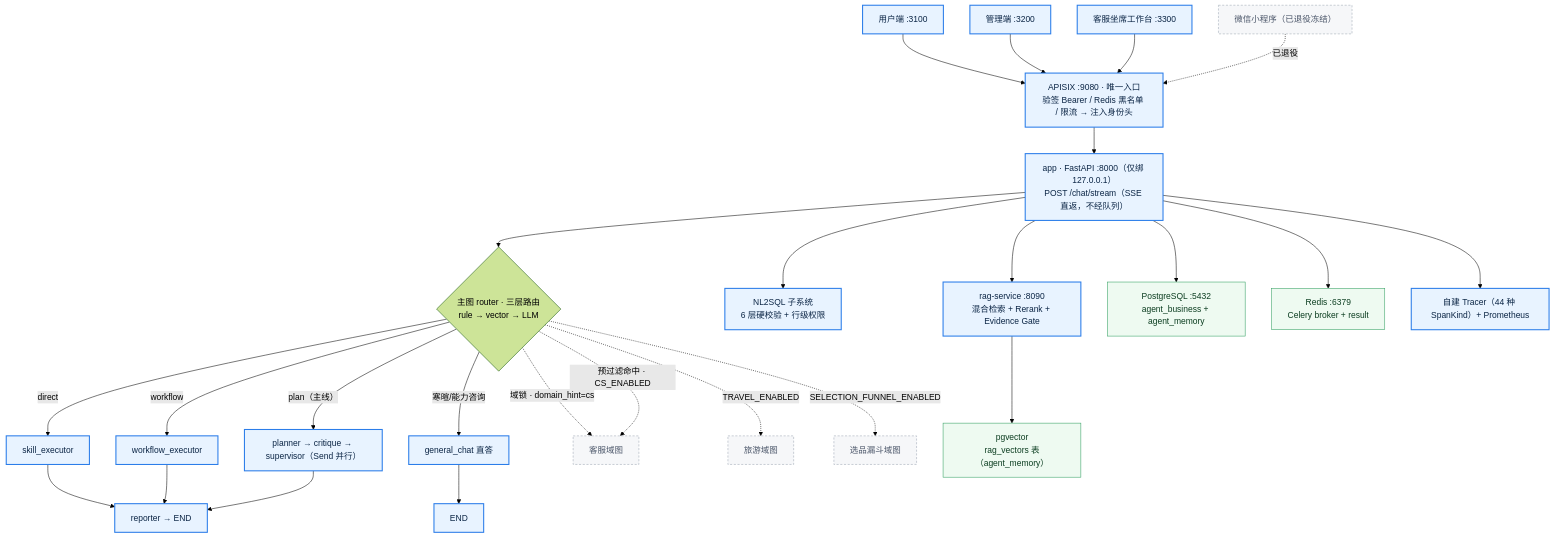
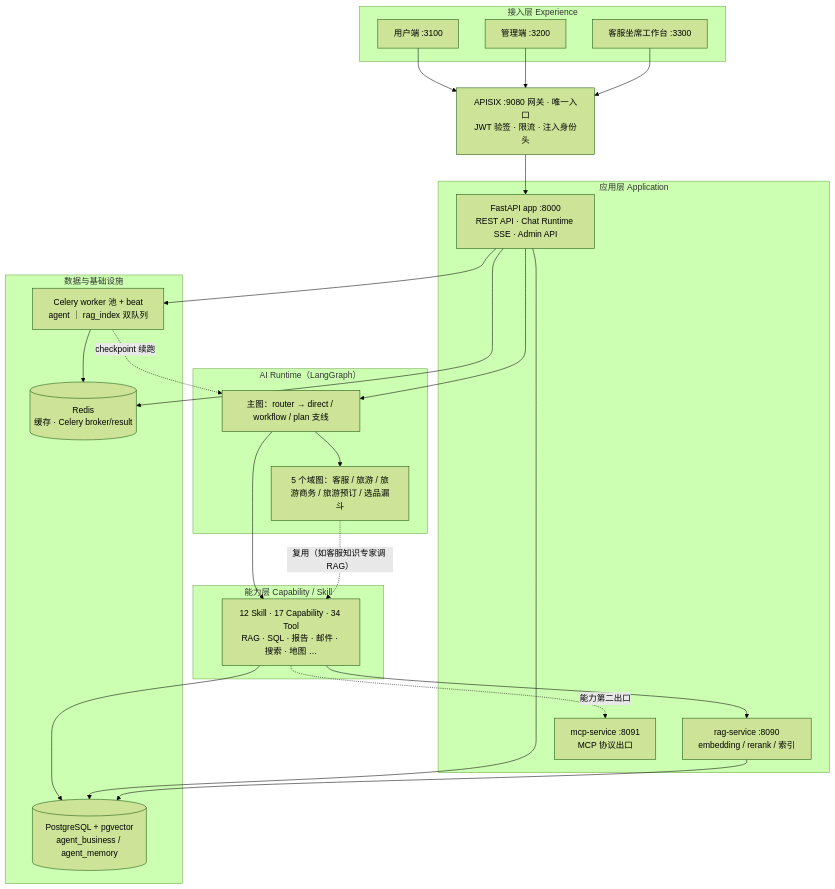
One commit to Jayus-07/agent changed the first of 3 diagrams in README.md. Above: the diagram before and after it, drawn with Mermaid (forest theme). The commit also changed other lines of this file and 3 other files, not shown here.

First line of the commit message:
docs(readme): 架构表达重构——三张分层架构图+术语表，部署/编排细节收敛 docs/architecture

````diff
--- a/README.md
+++ b/README.md
@@ -14,41 +19,49 @@
 ```mermaid
 flowchart TB
-    classDef main fill:#e8f3ff,stroke:#2b7de9,stroke-width:2px,color:#0b2545
-    classDef ext  fill:#f6f7f9,stroke:#9aa4b2,stroke-dasharray:4 3,color:#4a5568
-    classDef store fill:#eefaf1,stroke:#2f9e5f,color:#0b3d20
+    subgraph EXP["接入层 Experience"]
+        WEB["用户端 :3100"]
+        ADM["管理端 :3200"]
+        CSW["客服坐席工作台 :3300"]
+    end
 
-    W["用户端 :3100"]:::main
-    AD["管理端 :3200"]:::main
-    CSW["客服坐席工作台 :3300"]:::main
-    MP["微信小程序（已退役冻结）"]:::ext
-    GW["APISIX :9080 · 唯一入口<br/>验签 Bearer / Redis 黑名单 / 限流 → 注入身份头"]:::main
-    APP["app · FastAPI :8000（仅绑 127.0.0.1）<br/>POST /chat/stream（SSE 直返，不经队列）"]:::main
+    GW["APISIX :9080 网关 · 唯一入口<br/>JWT 验签 · 限流 · 注入身份头"]
 
-    W --> GW
-    AD --> GW
+    subgraph APPL["应用层 Application"]
+        APP["FastAPI app :8000<br/>REST API · Chat Runtime SSE · Admin API"]
+        RAGS["rag-service :8090<br/>embedding / rerank / 索引"]
+        MCPS["mcp-service :8091<br/>MCP 协议出口"]
+    end
+
+    subgraph AIRT["AI Runtime（LangGraph）"]
+        MAIN["主图：router → direct / workflow / plan 支线"]
+        DOM["5 个域图：客服 / 旅游 / 旅游商务 / 旅游预订 / 选品漏斗"]
+    end
+
+    subgraph CAPL["能力层 Capability / Skill"]
+        SK["12 Skill · 17 Capability · 34 Tool<br/>RAG · SQL · 报告 · 邮件 · 搜索 · 地图 …"]
+    end
+
+    subgraph INFRA["数据与基础设施"]
+        PG[("PostgreSQL + pgvector<br/>agent_business / agent_memory")]
+        RD[("Redis<br/>缓存 · Celery broker/result")]
+        CEL["Celery worker 池 + beat<br/>agent ｜ rag_index 双队列"]
+    end
+
+    WEB --> GW
+    ADM --> GW
     CSW --> GW
-    MP -.->|已退役| GW
     GW --> APP
-
-    APP --> ROUTER{"主图 router · 三层路由<br/>rule → vector → LLM"}
-    ROUTER -->|direct| SE["skill_executor"]:::main
-    ROUTER -->|workflow| WE["workflow_executor"]:::main
-    ROUTER -->|"plan（主线）"| PL["planner → critique → supervisor（Send 并行）"]:::main
-    ROUTER -->|寒暄/能力咨询| GC["general_chat 直答"]:::main
-    SE --> REP["reporter → END"]:::main
-    WE --> REP
-    PL --> REP
-    GC --> END0["END"]:::main
-
-    ROUTER -.->|"域锁 · domain_hint=cs"| CS["客服域图"]:::ext
-    ROUTER -.->|"预过滤命中 · CS_ENABLED"| CS
-    ROUTER -.->|"TRAVEL_ENABLED"| TR["旅游域图"]:::ext
-    ROUTER -.->|"SELECTION_FUNNEL_ENABLED"| SF["选品漏斗域图"]:::ext
-
-    APP --> SQL["NL2SQL 子系统<br/>6 层硬校验 + 行级权限"]:::main
-    APP --> RAGS["rag-service :8090<br/>混合检索 + Rerank + Evidence Gate"]:::main
-    APP --> PG["PostgreSQL :5432<br/>agent_business + agent_memory"]:::store
-    APP --> RD["Redis :6379<br/>Celery broker + result"]:::store
-    APP --> OBS["自建 Tracer（44 种 SpanKind）+ Prometheus"]:::main
-    RAGS --> CH["pgvector<br/>rag_vectors 表（agent_memory）"]:::store
+    APP --> MAIN
+    MAIN --> DOM
+    MAIN --> SK
+    DOM -.->|"复用（如客服知识专家调 RAG）"| SK
+    SK --> RAGS
+    SK --> PG
+    APP --> CEL
+    APP --> PG
+    APP --> RD
+    CEL --> RD
+    RAGS --> PG
+    SK -.->|"能力第二出口"| MCPS
+    CEL -.->|"checkpoint 续跑"| MAIN
 ```
````
